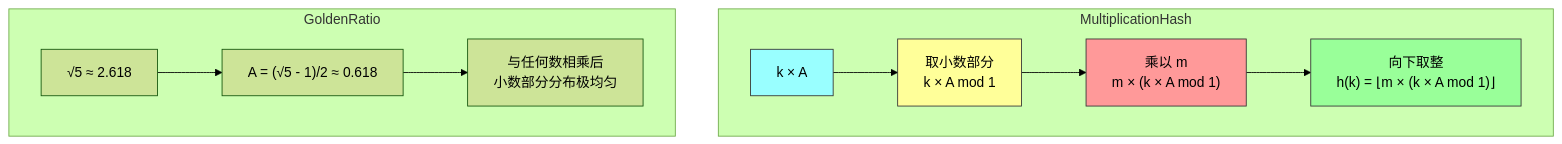
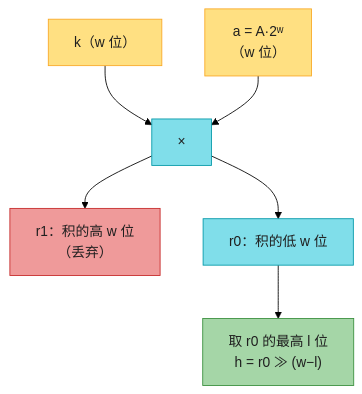
Before and after one commit to socoo123/book_reading: the second of 4 diagrams in IntroductionToAlgorithms/Chapter11_哈希表_深度版.md, drawn with Mermaid (forest theme). The commit also changed other lines of this file and 30 other files, not shown here.

````diff
--- a/IntroductionToAlgorithms/Chapter11_哈希表_深度版.md
+++ b/IntroductionToAlgorithms/Chapter11_哈希表_深度版.md
@@ -436,18 +117,18 @@
 ```mermaid
-flowchart TD
-    subgraph MultiplicationHash
-    A["k × A"] --> B["取小数部分<br/>k × A mod 1"]
-    B --> C["乘以 m<br/>m × (k × A mod 1)"]
-    C --> D["向下取整<br/>h(k) = ⌊m × (k × A mod 1)⌋"]
-    end
+graph TD
+    k["k（w 位）"] --> mul["×"]
+    a["a = A·2ʷ<br/>（w 位）"] --> mul
+    mul --> r1["r1：积的高 w 位<br/>（丢弃）"]
+    mul --> r0["r0：积的低 w 位"]
+    r0 --> h["取 r0 的最高 l 位<br/>h = r0 ≫ (w−l)"]
 
-    subgraph GoldenRatio
-    E["√5 ≈ 2.618"] --> F["A = (√5 - 1)/2 ≈ 0.618"]
-    F --> G["与任何数相乘后<br/>小数部分分布极均匀"]
-    end
-
-    style A fill:#9ff,stroke:#333
-    style B fill:#ff9,stroke:#333
-    style C fill:#f99,stroke:#333
-    style D fill:#9f9,stroke:#333
+    classDef input fill:#FFE082,stroke:#F9A825,color:#1f1f1f
+    classDef proc fill:#80DEEA,stroke:#0097A7,color:#1f1f1f
+    classDef drop fill:#EF9A9A,stroke:#C62828,color:#1f1f1f
+    classDef out fill:#A5D6A7,stroke:#388E3C,color:#1f1f1f
+    class k,a input
+    class mul proc
+    class r1 drop
+    class r0 proc
+    class h out
 ```
````
